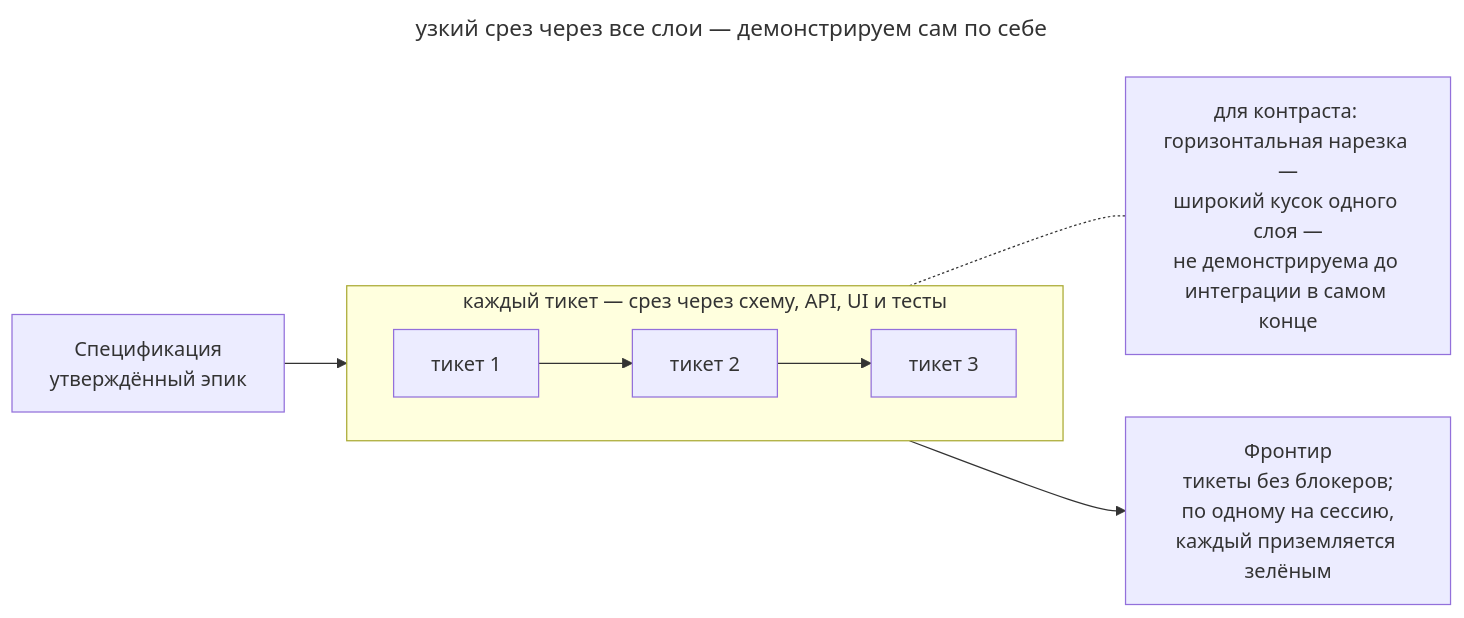
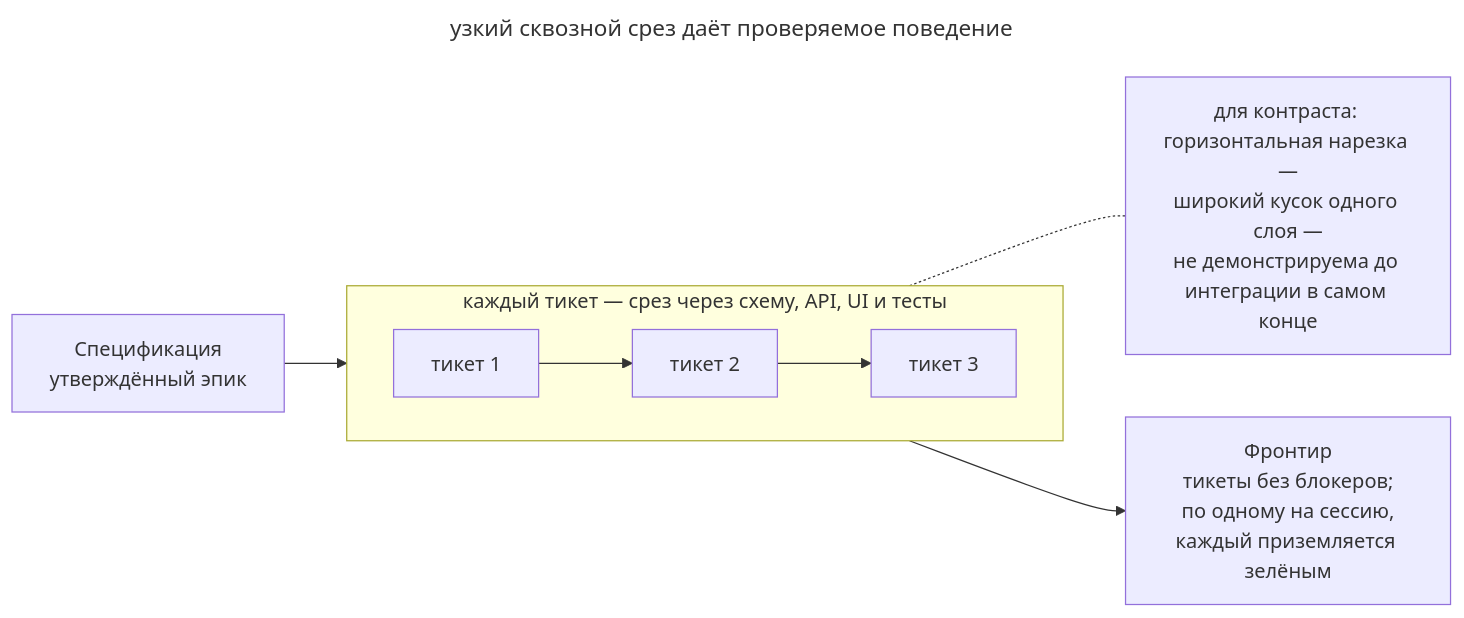
Before and after one commit to Rastavelli/agentic-coding-design-patterns: the diagram in book/ru/tracer-bullet-tickets.md, drawn with Mermaid. The commit also changed other lines of this file and 24 other files, not shown here.

Commit message:
docs: finish Russian prose review and align diagram captions

````diff
--- a/book/ru/tracer-bullet-tickets.md
+++ b/book/ru/tracer-bullet-tickets.md
@@ -71,18 +45,18 @@
 ```mermaid
 ---
-title: узкий срез через все слои — демонстрируем сам по себе
+title: узкий сквозной срез даёт проверяемое поведение
 ---
 flowchart LR
   spec["Спецификация<br/>утверждённый эпик"]:::accent
   subgraph slices["каждый тикет — срез через схему, API, UI и тесты"]
     direction LR
     t1["тикет 1"]:::accent
     t2["тикет 2"]:::accent
     t3["тикет 3"]:::accent
     t1 --> t2 --> t3
   end
   frontier["Фронтир<br/>тикеты без блокеров;<br/>по одному на сессию,<br/>каждый приземляется зелёным"]
   horizontal["для контраста: горизонтальная нарезка —<br/>широкий кусок одного слоя —<br/>не демонстрируема до интеграции в самом конце"]:::warn
   spec --> slices --> frontier
   t2 -.- horizontal
 ```
````
